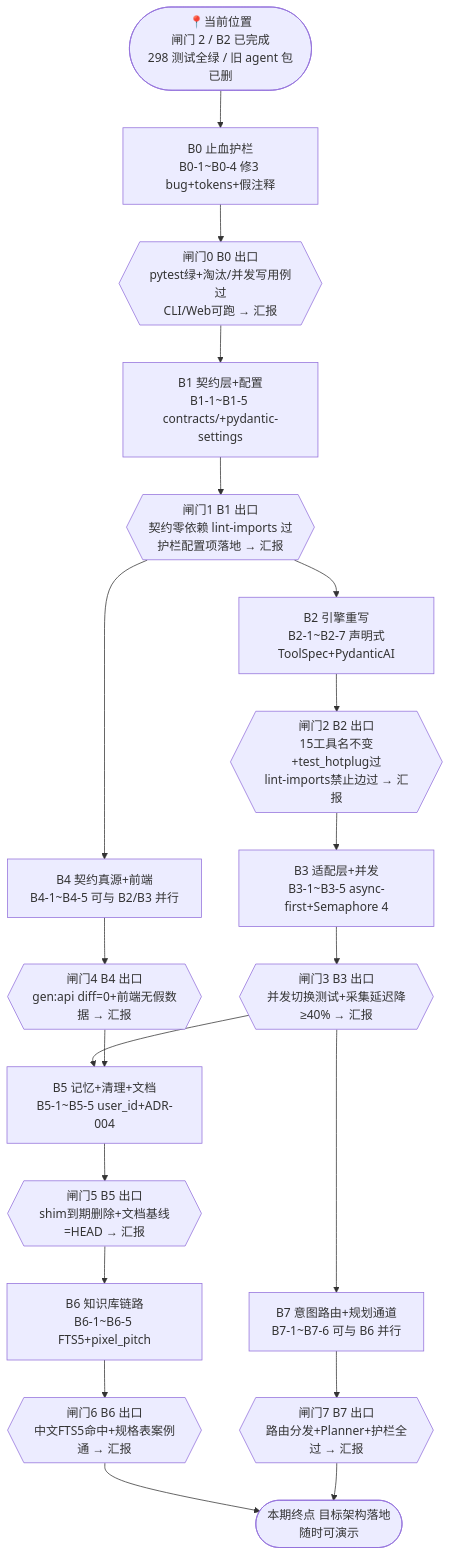
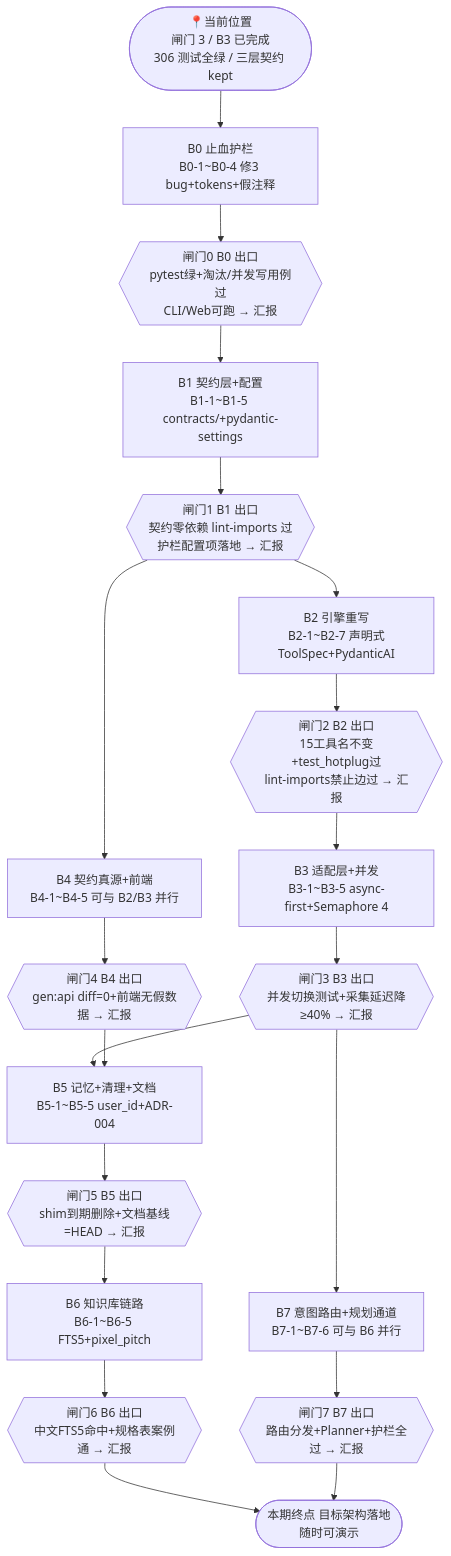
Before and after one commit to North-Q/LightTrail: the diagram in docs/codex-longterm-goal.md, drawn with Mermaid. The commit also changed other lines of this file and 3 other files, not shown here.

````diff
--- a/docs/codex-longterm-goal.md
+++ b/docs/codex-longterm-goal.md
@@ -24,23 +24,23 @@
 ```mermaid
 graph TD
-    S([📍当前位置<br/>闸门 2 / B2 已完成<br/>298 测试全绿 / 旧 agent 包已删]) --> B0
+    S([📍当前位置<br/>闸门 3 / B3 已完成<br/>306 测试全绿 / 三层契约 kept]) --> B0
 
     B0[B0 止血护栏<br/>B0-1~B0-4 修3 bug+tokens+假注释] --> G0{{闸门0 B0 出口<br/>pytest绿+淘汰/并发写用例过<br/>CLI/Web可跑 → 汇报}}
     G0 --> B1[B1 契约层+配置<br/>B1-1~B1-5 contracts/+pydantic-settings]
     B1 --> G1{{闸门1 B1 出口<br/>契约零依赖 lint-imports 过<br/>护栏配置项落地 → 汇报}}
     G1 --> B2[B2 引擎重写<br/>B2-1~B2-7 声明式ToolSpec+PydanticAI]
     G1 --> B4[B4 契约真源+前端<br/>B4-1~B4-5 可与 B2/B3 并行]
     B2 --> G2{{闸门2 B2 出口<br/>15工具名不变+test_hotplug过<br/>lint-imports禁止边过 → 汇报}}
     G2 --> B3[B3 适配层+并发<br/>B3-1~B3-5 async-first+Semaphore 4]
     B4 --> G4{{闸门4 B4 出口<br/>gen:api diff=0+前端无假数据 → 汇报}}
     B3 --> G3{{闸门3 B3 出口<br/>并发切换测试+采集延迟降≥40% → 汇报}}
     G3 --> B5[B5 记忆+清理+文档<br/>B5-1~B5-5 user_id+ADR-004]
     G4 --> B5
     B5 --> G5{{闸门5 B5 出口<br/>shim到期删除+文档基线=HEAD → 汇报}}
     G5 --> B6[B6 知识库链路<br/>B6-1~B6-5 FTS5+pixel_pitch]
     G3 --> B7[B7 意图路由+规划通道<br/>B7-1~B7-6 可与 B6 并行]
     B6 --> G6{{闸门6 B6 出口<br/>中文FTS5命中+规格表案例通 → 汇报}}
     B7 --> G7{{闸门7 B7 出口<br/>路由分发+Planner+护栏全过 → 汇报}}
     G6 --> Z([本期终点 目标架构落地<br/>随时可演示])
     G7 --> Z
 ```
````
